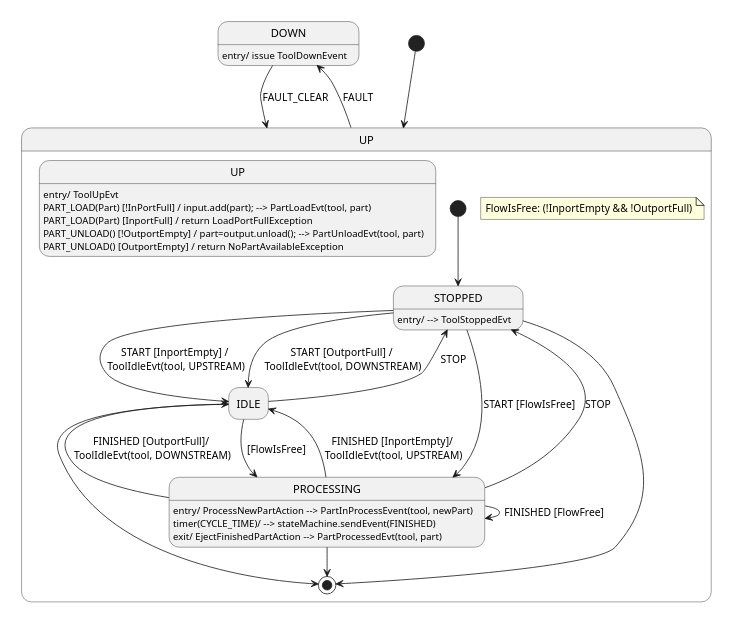
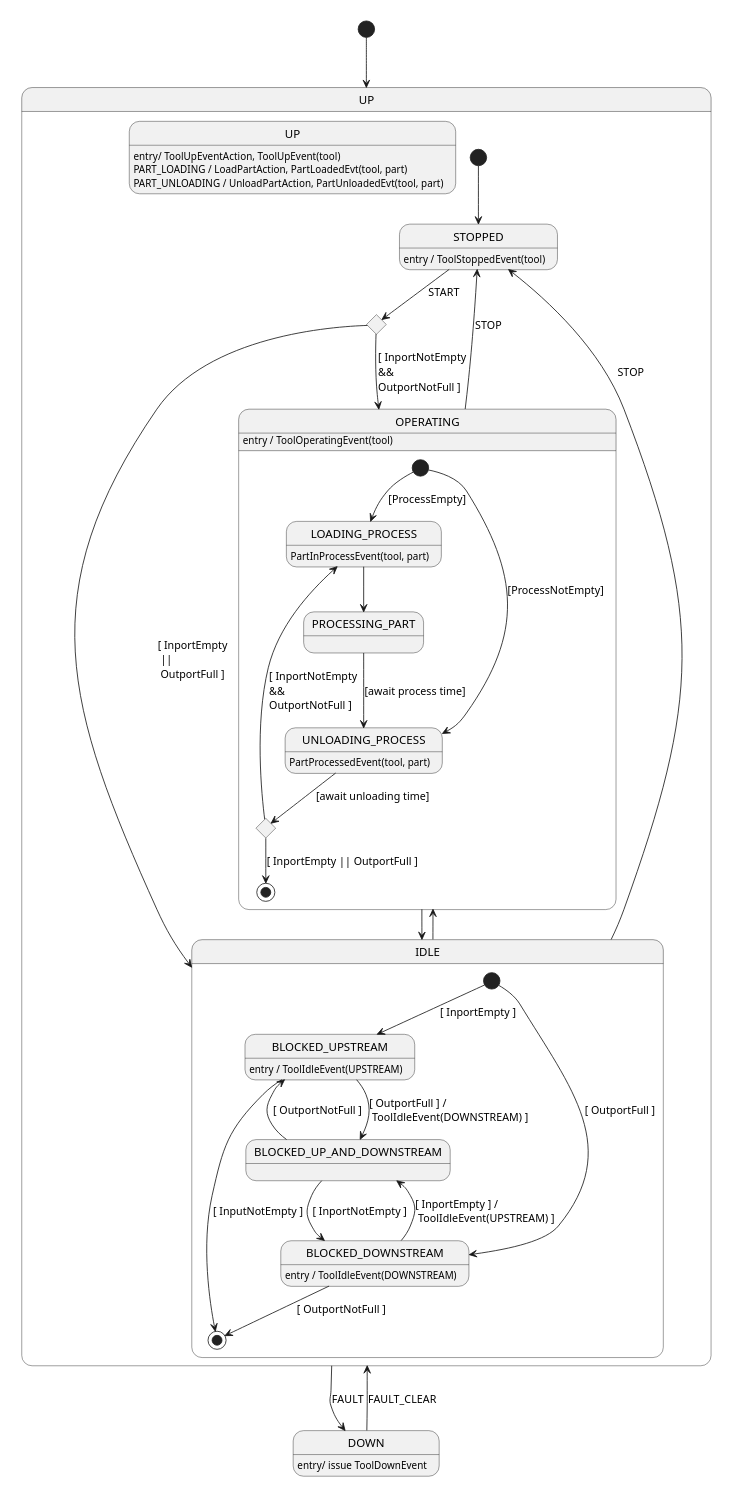
Before and after one commit to onouv/mes-tool-mock-srv: the diagram in doc/domain/tool.state.puml, drawn with PlantUML. The commit also changed 8 other files, not shown here.

Commit message:
tidy doc folder; highlight artic=fact in deployment diagram

```diff
--- a/doc/domain/tool.state.puml
+++ b/doc/domain/tool.state.puml
@@ -1,47 +1,65 @@
 @startuml
 'https://plantuml.com/state-diagram
-
+skinparam defaultTextAlignment left
 scale 350 width
 
-hide empty description
+[*] --> UP
 state DOWN : entry/ issue ToolDownEvent
 
-[*] --> UP
-UP --> DOWN: FAULT
-DOWN --> UP: FAULT_CLEAR
 state UP {
-    state UP: entry/ ToolUpEvt
-    state UP: PART_LOAD(Part) [!InPortFull] / input.add(part); --> PartLoadEvt(tool, part)
-    state UP: PART_LOAD(Part) [InportFull] / return LoadPortFullException
-    state UP: PART_UNLOAD() [!OutportEmpty] / part=output.unload(); --> PartUnloadEvt(tool, part)
-    state UP: PART_UNLOAD() [OutportEmpty] / return NoPartAvailableException
-    state STOPPED: entry/ --> ToolStoppedEvt
-    state IDLE
-    state PROCESSING: entry/ ProcessNewPartAction --> PartInProcessEvent(tool, newPart)
-    state PROCESSING: timer(CYCLE_TIME)/ --> stateMachine.sendEvent(FINISHED)
-    state PROCESSING: exit/ EjectFinishedPartAction --> PartProcessedEvt(tool, part)
+    state UP: entry/ ToolUpEventAction, ToolUpEvent(tool)
+    state UP: PART_LOADING / LoadPartAction, PartLoadedEvt(tool, part)
+    state UP: PART_UNLOADING / UnloadPartAction, PartUnloadedEvt(tool, part)
 
+    state STOPPED
+    STOPPED: entry / ToolStoppedEvent(tool)
+
+    state CHOICE_START <<choice>>
     [*] --> STOPPED
-    STOPPED --> IDLE: START [InportEmpty] / \nToolIdleEvt(tool, UPSTREAM)
-    STOPPED --> IDLE: START [OutportFull] / \nToolIdleEvt(tool, DOWNSTREAM)
+    STOPPED --> CHOICE_START: START
+    CHOICE_START --> OPERATING: [ InportNotEmpty\n&&\nOutportNotFull ]
+    CHOICE_START --> IDLE: [ InportEmpty \n ||\n OutportFull ]
 
-    STOPPED --> PROCESSING: START [FlowIsFree]
-    PROCESSING --> PROCESSING: FINISHED [FlowFree]
-    PROCESSING --> IDLE: FINISHED [InportEmpty]/ \nToolIdleEvt(tool, UPSTREAM)
-    PROCESSING --> IDLE: FINISHED [OutportFull]/ \nToolIdleEvt(tool, DOWNSTREAM)
-    IDLE --> PROCESSING: [FlowIsFree]
+    OPERATING --> STOPPED: STOP
+    OPERATING --> IDLE
+
+    state IDLE {
+
+        state BLOCKED_UPSTREAM: entry / ToolIdleEvent(UPSTREAM)
+        state BLOCKED_DOWNSTREAM: entry / ToolIdleEvent(DOWNSTREAM)
+
+        [*] --> BLOCKED_UPSTREAM: [ InportEmpty ]
+        [*] --> BLOCKED_DOWNSTREAM: [ OutportFull ]
+        BLOCKED_DOWNSTREAM --> BLOCKED_UP_AND_DOWNSTREAM: [ InportEmpty ] /\n ToolIdleEvent(UPSTREAM) ]
+        BLOCKED_UPSTREAM --> BLOCKED_UP_AND_DOWNSTREAM: [ OutportFull ] /\n ToolIdleEvent(DOWNSTREAM) ]
+        BLOCKED_UP_AND_DOWNSTREAM --> BLOCKED_UPSTREAM: [ OutportNotFull ]
+        BLOCKED_UP_AND_DOWNSTREAM --> BLOCKED_DOWNSTREAM: [ InportNotEmpty ]
+        BLOCKED_DOWNSTREAM --> [*]: [ OutportNotFull ]
+        BLOCKED_UPSTREAM --> [*]: [ InputNotEmpty ]
+     }
+
+    state OPERATING {
+        OPERATING: entry / ToolOperatingEvent(tool)
+                state LOADING_PROCESS: PartInProcessEvent(tool, part)
+                state UNLOADING_PROCESS: PartProcessedEvent(tool, part)
+                state CHOICE_UNLOADING <<choice>>
+                state PROCESSING_PART
+
+                [*] --> LOADING_PROCESS: [ProcessEmpty]
+                [*] --> UNLOADING_PROCESS: [ProcessNotEmpty]
+                LOADING_PROCESS --> PROCESSING_PART
+
+                PROCESSING_PART --> UNLOADING_PROCESS: [await process time]
+                UNLOADING_PROCESS --> CHOICE_UNLOADING: [await unloading time]
+                CHOICE_UNLOADING --> LOADING_PROCESS: [ InportNotEmpty \n&& \nOutportNotFull ]
+                CHOICE_UNLOADING --> [*] : [ InportEmpty || OutportFull ]
+    }
+
+    IDLE --> OPERATING
     IDLE --> STOPPED: STOP
-    PROCESSING --> STOPPED: STOP
-
-    STOPPED --> [*]
-    IDLE --> [*]
-    PROCESSING --> [*]
-
-    note as N1
-        FlowIsFree: (!InportEmpty && !OutportFull)
-    end note
-
 
 }
 
+UP --> DOWN: FAULT
+DOWN --> UP: FAULT_CLEAR
 @enduml
```
